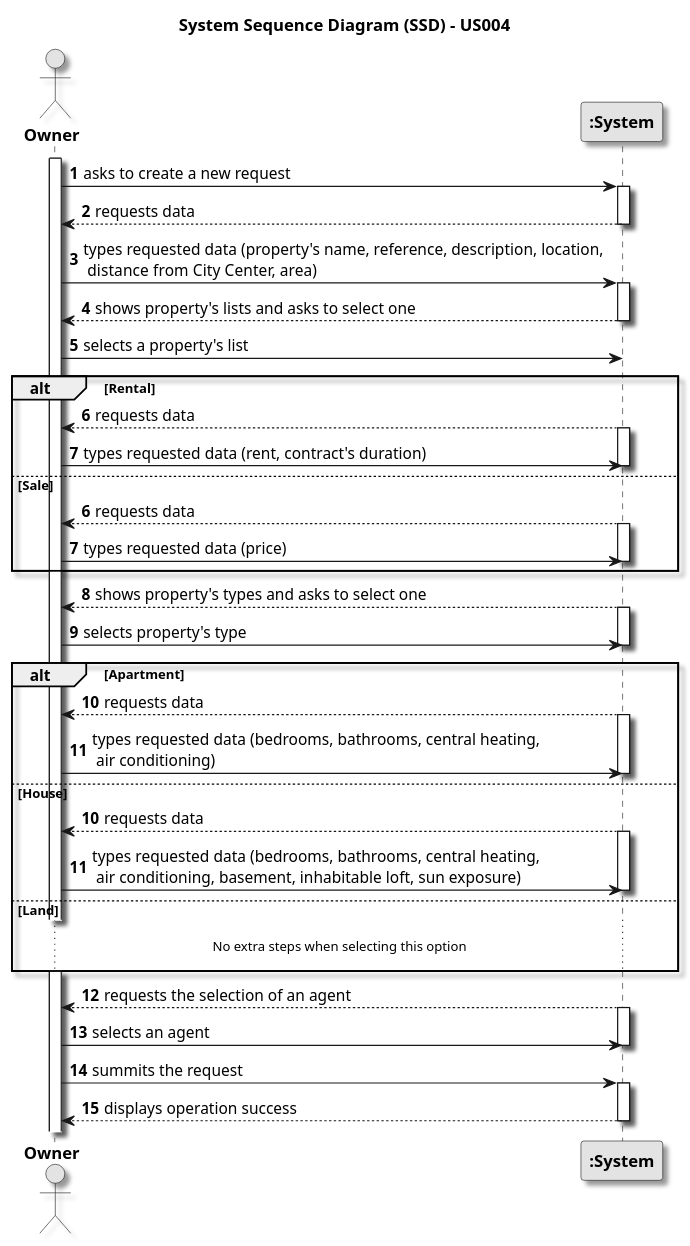
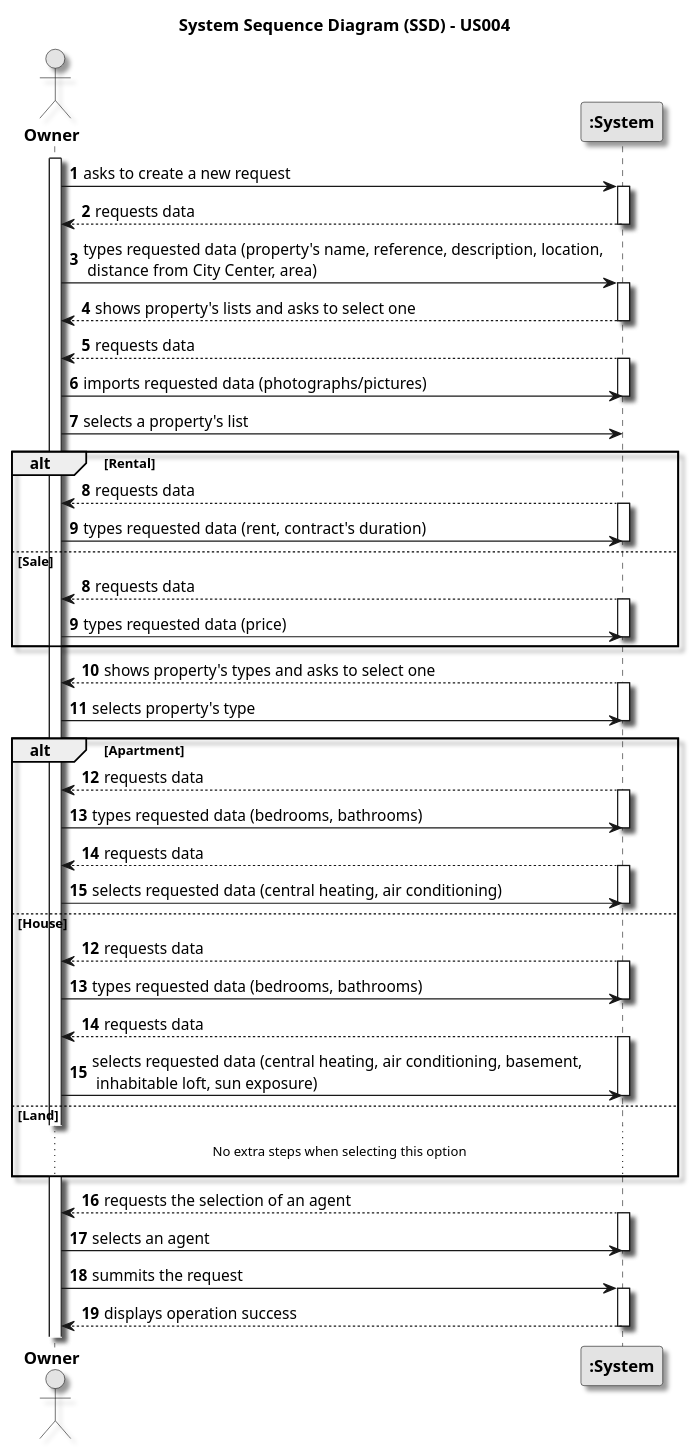
Before and after one commit to rita-barbosa/LAPR2-2223: the diagram in docs/sprintA/us004/01.requirements-engineering/puml/us004-system-sequence-diagram.puml, drawn with PlantUML. The commit also changed 1 other file, not shown here.

```diff
--- a/docs/sprintA/us004/01.requirements-engineering/puml/us004-system-sequence-diagram.puml
+++ b/docs/sprintA/us004/01.requirements-engineering/puml/us004-system-sequence-diagram.puml
@@ -1,89 +1,108 @@
 @startuml
 skinparam monochrome true
 skinparam packageStyle rectangle
 skinparam shadowing true
 
 title System Sequence Diagram (SSD) - US004
 
 autonumber
 
 actor "<b>Owner</b>" as Owner
 participant "<b>:System</b>" as System
 
 activate Owner
 
     Owner -> System : asks to create a new request
     activate System
 
         System --> Owner : requests data
     deactivate System
 
     Owner -> System : types requested data (property's name, reference, description, location,\n distance from City Center, area)
     activate System
 
         System --> Owner : shows property's lists and asks to select one
     deactivate System
 
+
+    System --> "Owner" : requests data
+    activate System
+    Owner -> System : imports requested data (photographs/pictures)
+
+        deactivate System
+
     Owner -> System : selects a property's list
 '    activate System
 '    deactivate System
 
     alt Rental
-        autonumber 6
+        autonumber 8
         System --> "Owner": requests data
         activate System
 
         "Owner" -> System: types requested data (rent, contract's duration)
         deactivate System
 
     else Sale
-        autonumber 6
+        autonumber 8
          System --> "Owner": requests data
         activate System
 
         "Owner" -> System: types requested data (price)
         deactivate System
 
     end
 
     System --> "Owner" : shows property's types and asks to select one
     activate System
     Owner -> System : selects property's type
     deactivate System
 
    alt Apartment
 
         System --> "Owner": requests data
         activate System
 
-        "Owner" -> System: types requested data (bedrooms, bathrooms, central heating,\n air conditioning)
+        "Owner" -> System: types requested data (bedrooms, bathrooms)
         deactivate System
 
+    System --> "Owner": requests data
+                    activate System
+
+                    "Owner" -> System: selects requested data (central heating, air conditioning)
+                    deactivate System
+
     else House
-        autonumber 10
+        autonumber 12
          System --> "Owner": requests data
         activate System
 
-        "Owner" -> System: types requested data (bedrooms, bathrooms, central heating,\n air conditioning, basement, inhabitable loft, sun exposure)
+        "Owner" -> System: types requested data (bedrooms, bathrooms)
         deactivate System
+
+         System --> "Owner": requests data
+                activate System
+
+                "Owner" -> System: selects requested data (central heating, air conditioning, basement,\n inhabitable loft, sun exposure)
+                deactivate System
 
     else Land
 
     ...No extra steps when selecting this option...
 
     end
 
         System --> Owner : requests the selection of an agent
     activate System
 
     "Owner" -> System : selects an agent
     deactivate System
 
 
         "Owner" -> System : summits the request
     activate System
 
     System --> "Owner" : displays operation success
     deactivate System
 
 @enduml
```
